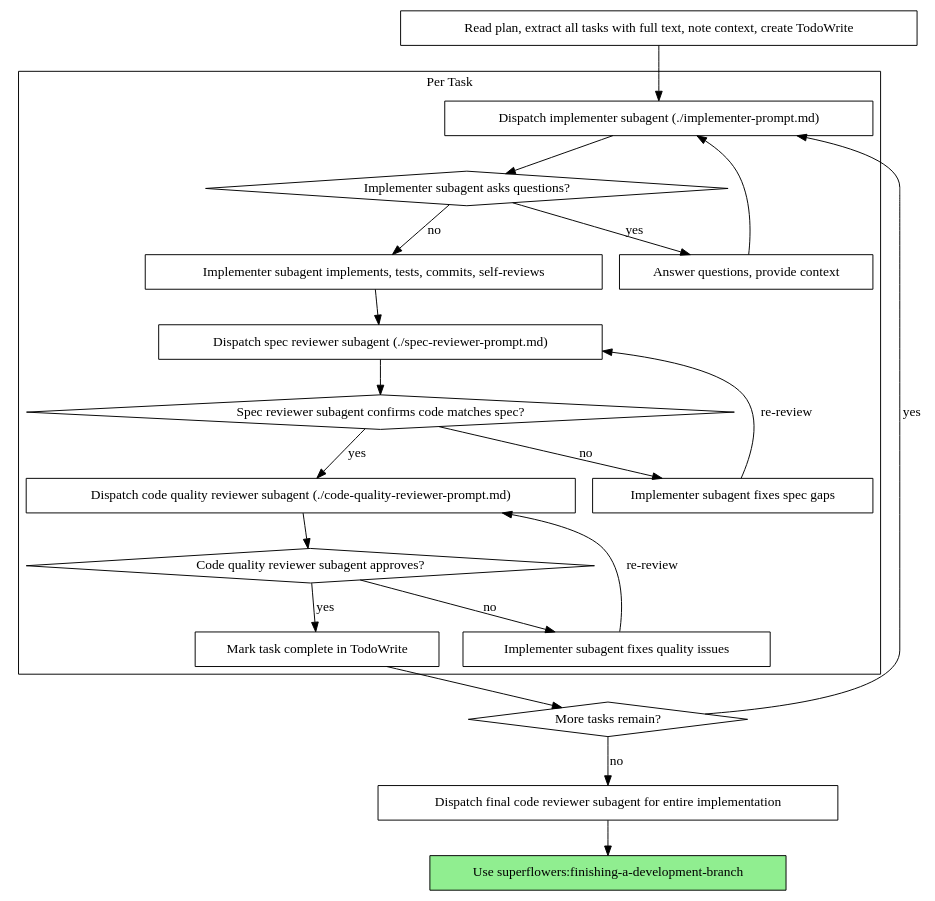
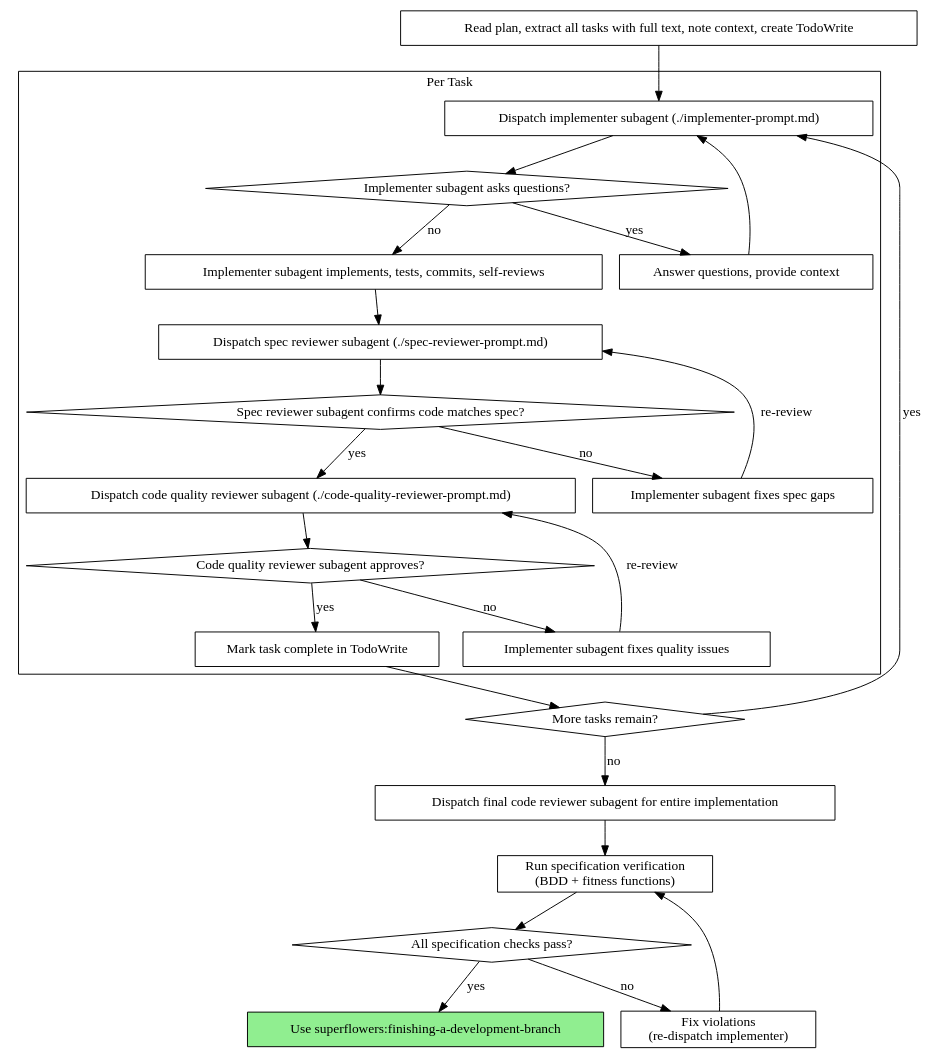
One commit to florian23/superflowers changed the second of 2 diagrams in skills/subagent-driven-development/SKILL.md. Above: the diagram before and after it, drawn with Graphviz. The commit also changed other lines of this file and 1 other file, not shown here.

First line of the commit message:
Add specification verification gate to execution skills

````diff
--- a/skills/subagent-driven-development/SKILL.md
+++ b/skills/subagent-driven-development/SKILL.md
@@ -42,44 +42,52 @@
 ```dot
 digraph process {
     rankdir=TB;
 
     subgraph cluster_per_task {
         label="Per Task";
         "Dispatch implementer subagent (./implementer-prompt.md)" [shape=box];
         "Implementer subagent asks questions?" [shape=diamond];
         "Answer questions, provide context" [shape=box];
         "Implementer subagent implements, tests, commits, self-reviews" [shape=box];
         "Dispatch spec reviewer subagent (./spec-reviewer-prompt.md)" [shape=box];
         "Spec reviewer subagent confirms code matches spec?" [shape=diamond];
         "Implementer subagent fixes spec gaps" [shape=box];
         "Dispatch code quality reviewer subagent (./code-quality-reviewer-prompt.md)" [shape=box];
         "Code quality reviewer subagent approves?" [shape=diamond];
         "Implementer subagent fixes quality issues" [shape=box];
         "Mark task complete in TodoWrite" [shape=box];
     }
 
     "Read plan, extract all tasks with full text, note context, create TodoWrite" [shape=box];
     "More tasks remain?" [shape=diamond];
     "Dispatch final code reviewer subagent for entire implementation" [shape=box];
     "Use superflowers:finishing-a-development-branch" [shape=box style=filled fillcolor=lightgreen];
 
     "Read plan, extract all tasks with full text, note context, create TodoWrite" -> "Dispatch implementer subagent (./implementer-prompt.md)";
     "Dispatch implementer subagent (./implementer-prompt.md)" -> "Implementer subagent asks questions?";
     "Implementer subagent asks questions?" -> "Answer questions, provide context" [label="yes"];
     "Answer questions, provide context" -> "Dispatch implementer subagent (./implementer-prompt.md)";
     "Implementer subagent asks questions?" -> "Implementer subagent implements, tests, commits, self-reviews" [label="no"];
     "Implementer subagent implements, tests, commits, self-reviews" -> "Dispatch spec reviewer subagent (./spec-reviewer-prompt.md)";
     "Dispatch spec reviewer subagent (./spec-reviewer-prompt.md)" -> "Spec reviewer subagent confirms code matches spec?";
     "Spec reviewer subagent confirms code matches spec?" -> "Implementer subagent fixes spec gaps" [label="no"];
     "Implementer subagent fixes spec gaps" -> "Dispatch spec reviewer subagent (./spec-reviewer-prompt.md)" [label="re-review"];
     "Spec reviewer subagent confirms code matches spec?" -> "Dispatch code quality reviewer subagent (./code-quality-reviewer-prompt.md)" [label="yes"];
     "Dispatch code quality reviewer subagent (./code-quality-reviewer-prompt.md)" -> "Code quality reviewer subagent approves?";
     "Code quality reviewer subagent approves?" -> "Implementer subagent fixes quality issues" [label="no"];
     "Implementer subagent fixes quality issues" -> "Dispatch code quality reviewer subagent (./code-quality-reviewer-prompt.md)" [label="re-review"];
     "Code quality reviewer subagent approves?" -> "Mark task complete in TodoWrite" [label="yes"];
     "Mark task complete in TodoWrite" -> "More tasks remain?";
+    "Run specification verification\n(BDD + fitness functions)" [shape=box];
+    "All specification checks pass?" [shape=diamond];
+    "Fix violations\n(re-dispatch implementer)" [shape=box];
+
     "More tasks remain?" -> "Dispatch implementer subagent (./implementer-prompt.md)" [label="yes"];
     "More tasks remain?" -> "Dispatch final code reviewer subagent for entire implementation" [label="no"];
-    "Dispatch final code reviewer subagent for entire implementation" -> "Use superflowers:finishing-a-development-branch";
+    "Dispatch final code reviewer subagent for entire implementation" -> "Run specification verification\n(BDD + fitness functions)";
+    "Run specification verification\n(BDD + fitness functions)" -> "All specification checks pass?";
+    "All specification checks pass?" -> "Use superflowers:finishing-a-development-branch" [label="yes"];
+    "All specification checks pass?" -> "Fix violations\n(re-dispatch implementer)" [label="no"];
+    "Fix violations\n(re-dispatch implementer)" -> "Run specification verification\n(BDD + fitness functions)";
 }
 ```
````
